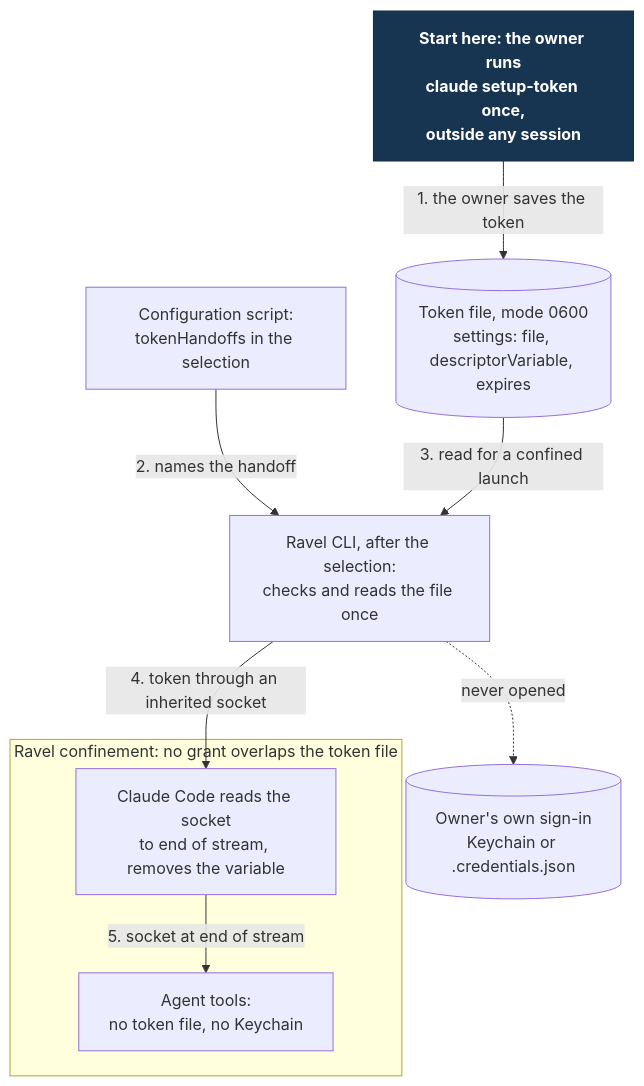
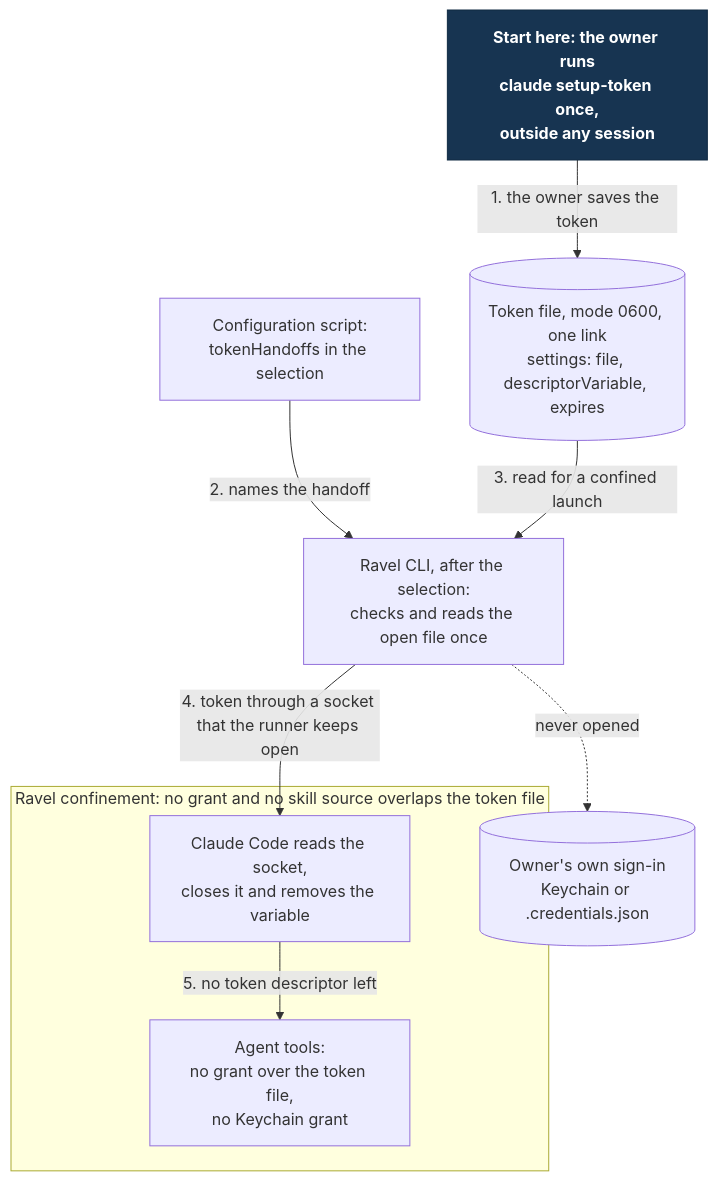
One commit to Linkuistics/Ravel changed the diagram in docs/design/token-handoff/route.mmd. Above: the diagram before and after it, drawn with Mermaid. The commit also changed 9 other files, not shown here.

Commit message:
Integrate the token handoff design review: bind the read to the protected file, protect token files from skill capture, keep listed sockets through the runner, and scope the output and sign-in claims (ravel-token-handoff-k139)

```diff
--- a/docs/design/token-handoff/route.mmd
+++ b/docs/design/token-handoff/route.mmd
@@ -1,17 +1,17 @@
 flowchart TD
   mint["Start here: the owner runs<br/>claude setup-token once,<br/>outside any session"]:::start
-  file[("Token file, mode 0600<br/>settings: file, descriptorVariable, expires")]
+  file[("Token file, mode 0600, one link<br/>settings: file, descriptorVariable, expires")]
   own[("Owner's own sign-in<br/>Keychain or .credentials.json")]
   script["Configuration script:<br/>tokenHandoffs in the selection"]
-  ravel["Ravel CLI, after the selection:<br/>checks and reads the file once"]
-  subgraph confined["Ravel confinement: no grant overlaps the token file"]
-    claude["Claude Code reads the socket<br/>to end of stream, removes the variable"]
-    agent["Agent tools:<br/>no token file, no Keychain"]
+  ravel["Ravel CLI, after the selection:<br/>checks and reads the open file once"]
+  subgraph confined["Ravel confinement: no grant and no skill source overlaps the token file"]
+    claude["Claude Code reads the socket,<br/>closes it and removes the variable"]
+    agent["Agent tools:<br/>no grant over the token file,<br/>no Keychain grant"]
   end
   mint -->|1. the owner saves the token| file
   script -->|2. names the handoff| ravel
   file -->|3. read for a confined launch| ravel
-  ravel -->|4. token through an inherited socket| claude
-  claude -->|5. socket at end of stream| agent
+  ravel -->|4. token through a socket that the runner keeps open| claude
+  claude -->|5. no token descriptor left| agent
   ravel -.->|never opened| own
   classDef start fill:#173451,color:#fff,stroke:#102a43,font-weight:bold
```
